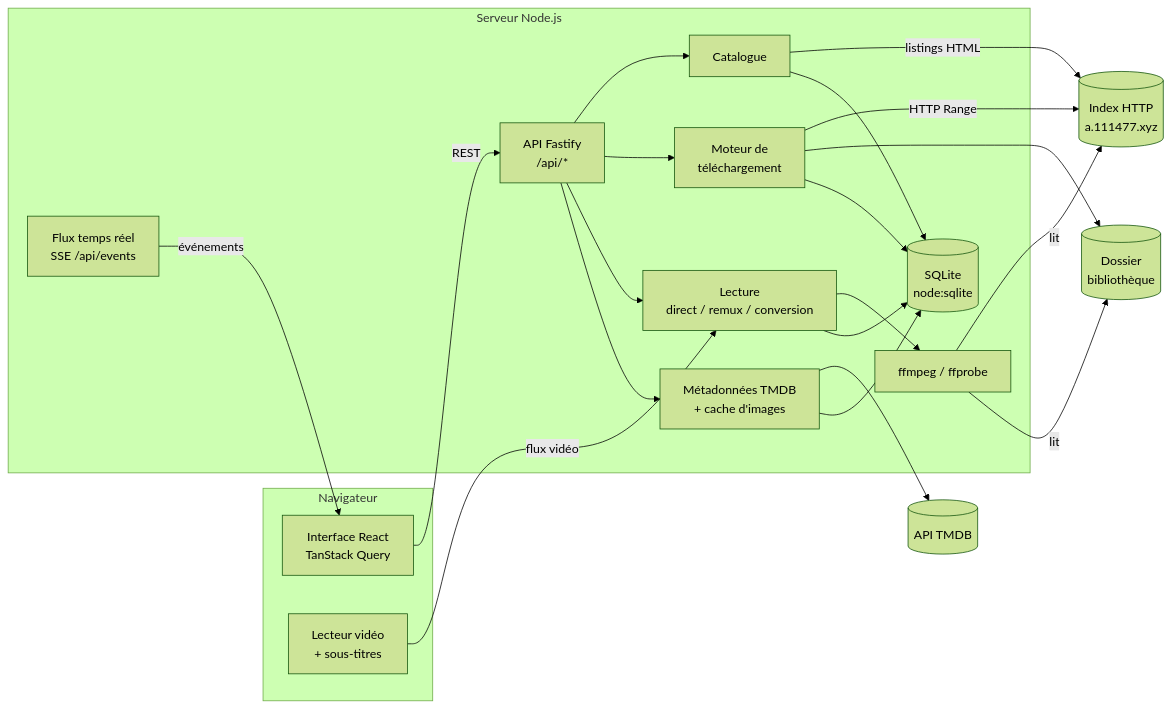
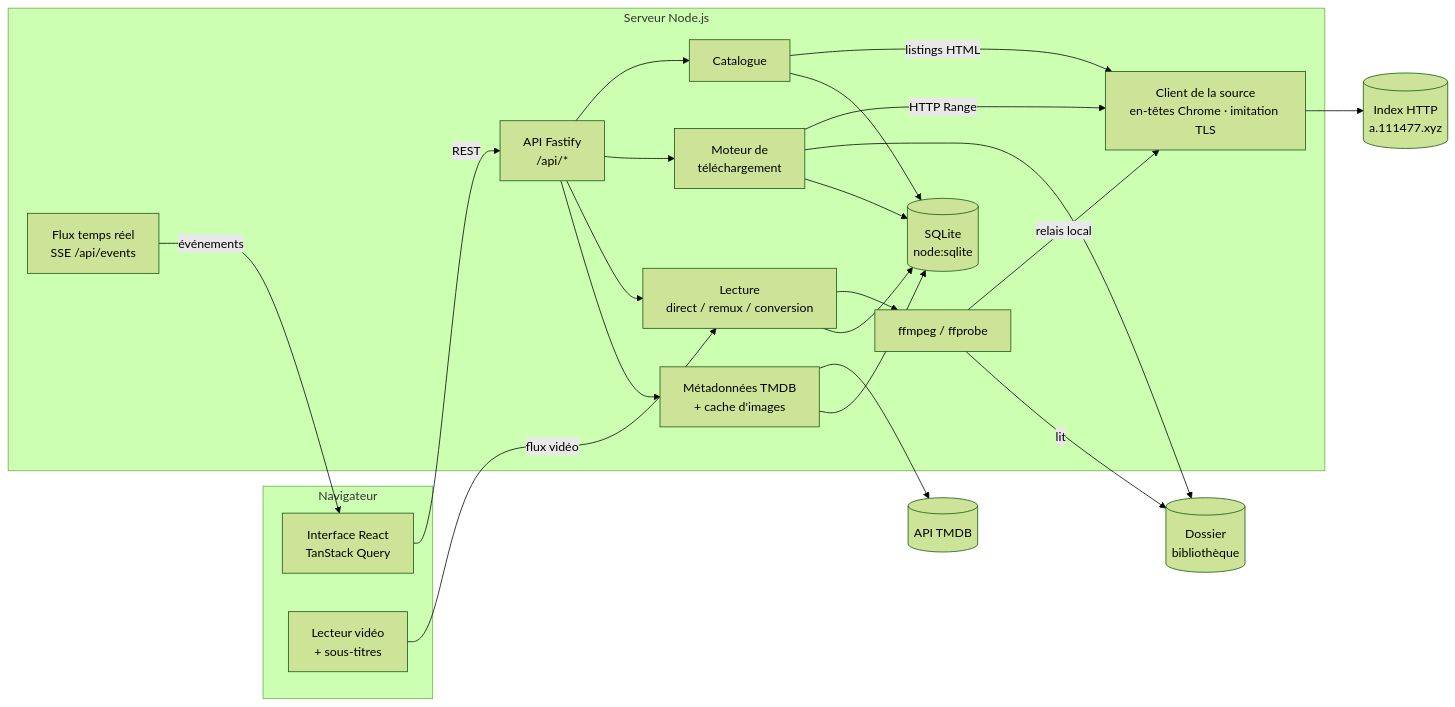
The first of 2 diagrams in docs/ARCHITECTURE.md (antoineferrero-eng/Video), drawn with Mermaid (forest theme) before and after one commit. The commit also changed other lines of this file and 24 other files, not shown here.

````diff
--- a/docs/ARCHITECTURE.md
+++ b/docs/ARCHITECTURE.md
@@ -5,32 +5,35 @@
 ```mermaid
 flowchart LR
   subgraph Navigateur
     UI[Interface React<br/>TanStack Query]
     Player[Lecteur vidéo<br/>+ sous-titres]
   end
   subgraph Serveur Node.js
     API[API Fastify<br/>/api/*]
     SSE[Flux temps réel<br/>SSE /api/events]
     Catalog[Catalogue]
     Downloads[Moteur de<br/>téléchargement]
     Playback[Lecture<br/>direct / remux / conversion]
     Metadata[Métadonnées TMDB<br/>+ cache d'images]
     DB[(SQLite<br/>node:sqlite)]
     FF[ffmpeg / ffprobe]
+    Client[Client de la source<br/>en-têtes Chrome · imitation TLS]
   end
   Source[(Index HTTP<br/>a.111477.xyz)]
   TMDB[(API TMDB)]
   Disk[(Dossier<br/>bibliothèque)]
 
   UI -- REST --> API
   SSE -- événements --> UI
   Player -- flux vidéo --> Playback
   API --> Catalog & Downloads & Playback & Metadata
-  Catalog -- listings HTML --> Source
-  Downloads -- HTTP Range --> Source
+  Catalog -- listings HTML --> Client
+  Downloads -- HTTP Range --> Client
   Downloads --> Disk
   Playback --> FF
-  FF -- lit --> Source & Disk
+  FF -- relais local --> Client
+  FF -- lit --> Disk
+  Client --> Source
   Metadata --> TMDB
   Catalog & Downloads & Playback & Metadata --> DB
 ```
````
